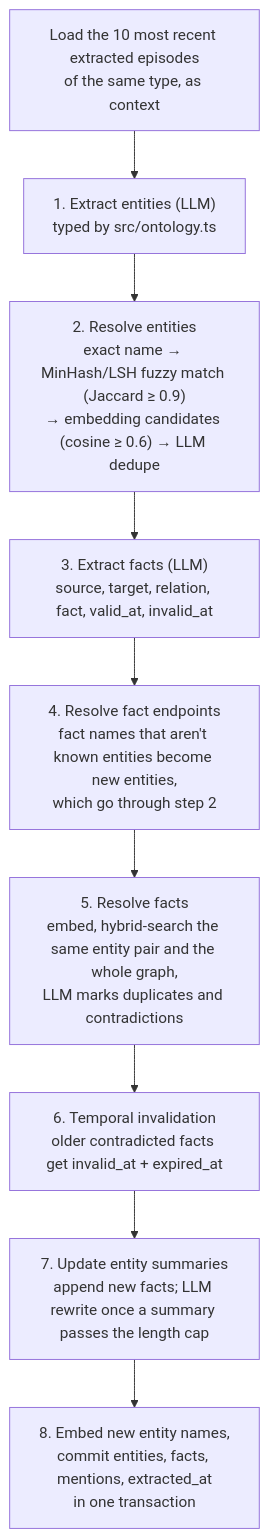
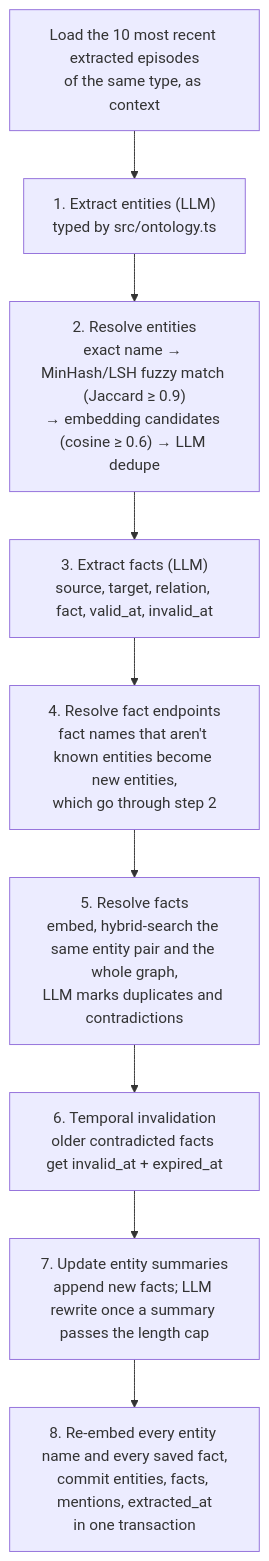
Before and after one commit to simonbalfe/cf-graphiti: the fourth of 6 diagrams in README.md, drawn with Mermaid. The commit also changed other lines of this file, not shown here.

````diff
--- a/README.md
+++ b/README.md
@@ -150,12 +150,12 @@
 ```mermaid
 flowchart TD
   P["Load the 10 most recent extracted episodes<br/>of the same type, as context"] --> N1
   N1["1. Extract entities (LLM)<br/>typed by src/ontology.ts"] --> N2
   N2["2. Resolve entities<br/>exact name → MinHash/LSH fuzzy match (Jaccard ≥ 0.9)<br/>→ embedding candidates (cosine ≥ 0.6) → LLM dedupe"] --> E1
   E1["3. Extract facts (LLM)<br/>source, target, relation, fact, valid_at, invalid_at"] --> E2
   E2["4. Resolve fact endpoints<br/>fact names that aren't known entities become new entities,<br/>which go through step 2"] --> E3
   E3["5. Resolve facts<br/>embed, hybrid-search the same entity pair and the whole graph,<br/>LLM marks duplicates and contradictions"] --> T
   T["6. Temporal invalidation<br/>older contradicted facts get invalid_at + expired_at"] --> S
   S["7. Update entity summaries<br/>append new facts; LLM rewrite once a summary passes the length cap"] --> W
-  W["8. Embed new entity names,<br/>commit entities, facts, mentions, extracted_at<br/>in one transaction"]
+  W["8. Re-embed every entity name and every saved fact,<br/>commit entities, facts, mentions, extracted_at<br/>in one transaction"]
 ```
````
